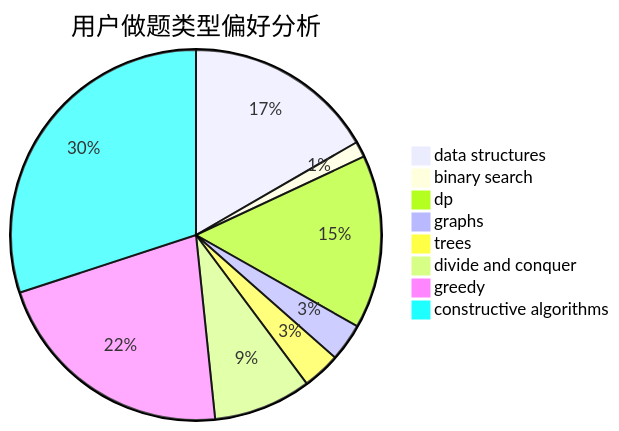
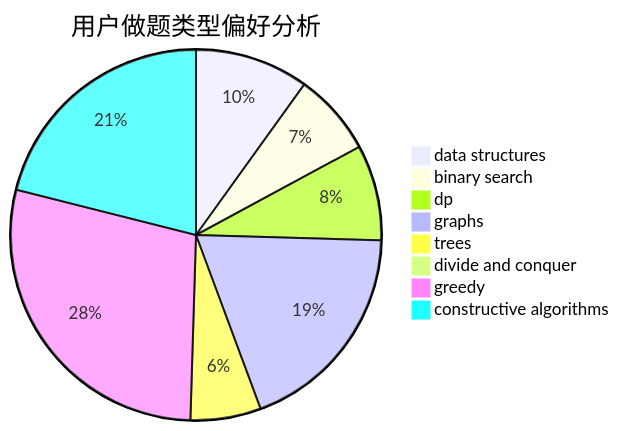
The second of 3 diagrams in docs/user/u1585.md (sherpahu/cfrs.github.io), drawn with Mermaid before and after one commit. The commit also changed other lines of this file and 2770 other files, not shown here.

````diff
--- a/docs/user/u1585.md
+++ b/docs/user/u1585.md
@@ -23,11 +23,11 @@
 ```mermaid
 pie title 用户做题类型偏好分析
-    "data structures" :  121
-    "binary search" :  10
-    "dp" :  110
-    "graphs" :  24
-    "trees" :  24
-    "divide and conquer" :  62
-    "greedy" :  157
-    "constructive algorithms" :  218
+    "data structures" :  113
+    "binary search" :  82
+    "dp" :  95
+    "graphs" :  215
+    "trees" :  70
+    "divide and conquer" :  1
+    "greedy" :  324
+    "constructive algorithms" :  240
 ```
````
